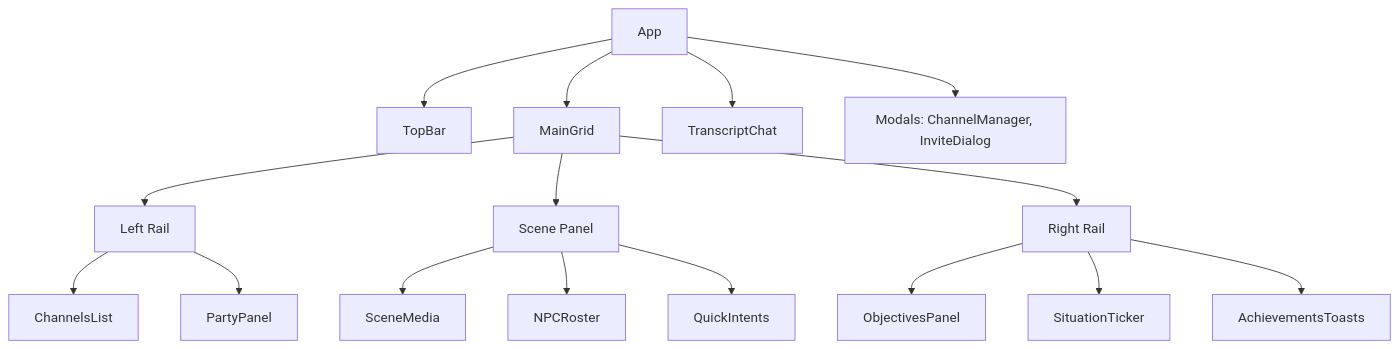
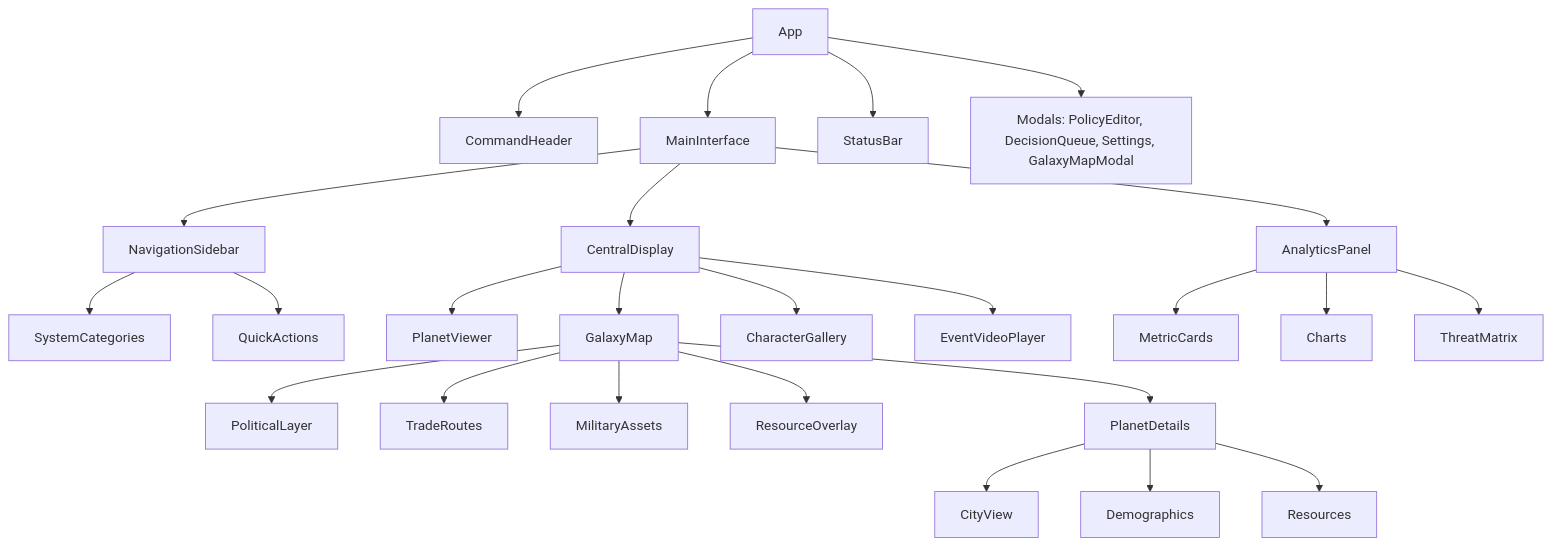
Before and after one commit to aspired-future/startales: the second of 2 diagrams in design/ui_visual_design.md, drawn with Mermaid. The commit also changed other lines of this file and 705 other files, not shown here.

````diff
--- a/design/ui_visual_design.md
+++ b/design/ui_visual_design.md
@@ -241,18 +255,27 @@
 ```mermaid
 graph TD
-  App --> TopBar
-  App --> MainGrid
-  MainGrid --> LeftRail[Left Rail]
-  MainGrid --> ScenePanel[Scene Panel]
-  MainGrid --> RightRail[Right Rail]
-  LeftRail --> ChannelsList
-  LeftRail --> PartyPanel
-  ScenePanel --> SceneMedia
-  ScenePanel --> NPCRoster
-  ScenePanel --> QuickIntents
-  RightRail --> ObjectivesPanel
-  RightRail --> SituationTicker
-  RightRail --> AchievementsToasts
-  App --> TranscriptChat
-  App --> Modals[Modals: ChannelManager, InviteDialog]
+  App --> CommandHeader
+  App --> MainInterface
+  MainInterface --> NavigationSidebar
+  MainInterface --> CentralDisplay
+  MainInterface --> AnalyticsPanel
+  NavigationSidebar --> SystemCategories
+  NavigationSidebar --> QuickActions
+  CentralDisplay --> PlanetViewer
+  CentralDisplay --> GalaxyMap
+  CentralDisplay --> CharacterGallery
+  CentralDisplay --> EventVideoPlayer
+  GalaxyMap --> PoliticalLayer
+  GalaxyMap --> TradeRoutes
+  GalaxyMap --> MilitaryAssets
+  GalaxyMap --> ResourceOverlay
+  GalaxyMap --> PlanetDetails
+  PlanetDetails --> CityView
+  PlanetDetails --> Demographics
+  PlanetDetails --> Resources
+  AnalyticsPanel --> MetricCards
+  AnalyticsPanel --> Charts
+  AnalyticsPanel --> ThreatMatrix
+  App --> StatusBar
+  App --> Modals[Modals: PolicyEditor, DecisionQueue, Settings, GalaxyMapModal]
 ```
````
